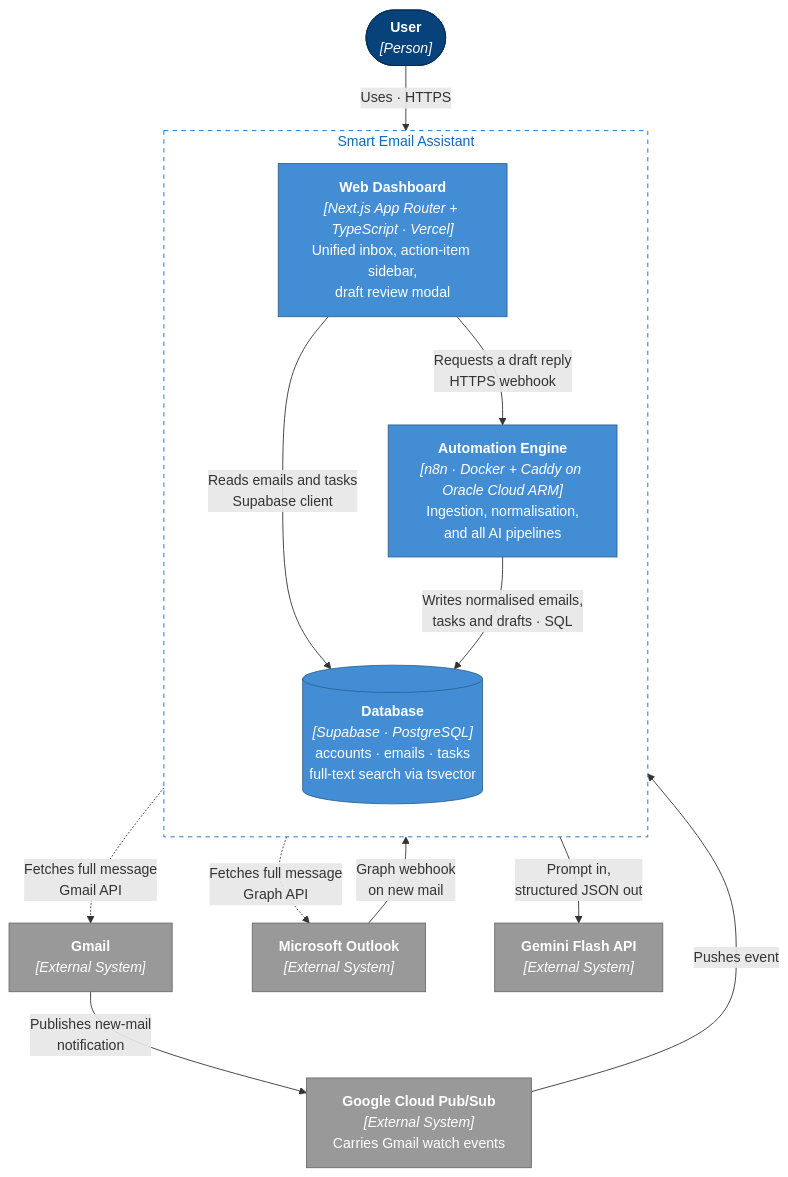
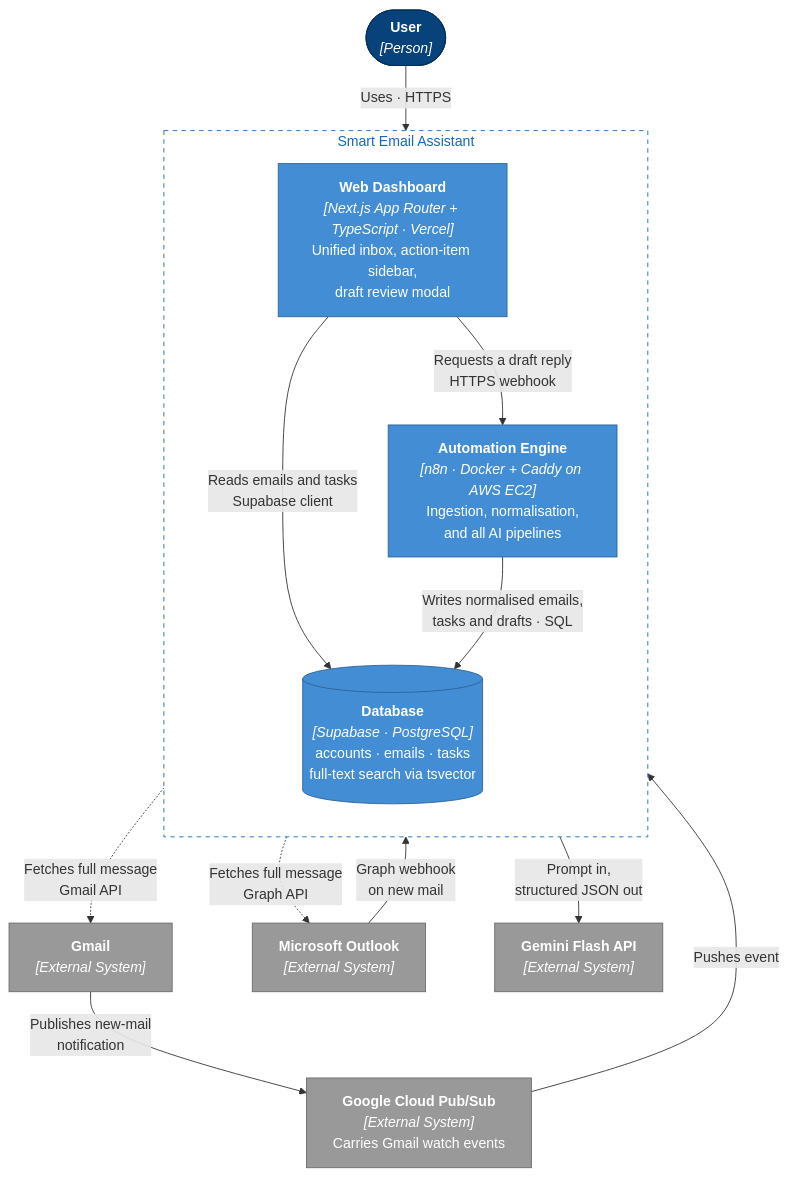
The diagram in architect/02-container.md (yomal321/smart-email-assistant), drawn with Mermaid before and after one commit. The commit also changed other lines of this file and 80 other files, not shown here.

````diff
--- a/architect/02-container.md
+++ b/architect/02-container.md
@@ -7,37 +7,37 @@
 ```mermaid
 flowchart TB
     user(["<b>User</b><br/><i>[Person]</i>"])
 
     subgraph sys ["Smart Email Assistant"]
         direction TB
         web["<b>Web Dashboard</b><br/><i>[Next.js App Router + TypeScript · Vercel]</i><br/>Unified inbox, action-item sidebar,<br/>draft review modal"]
-        n8n["<b>Automation Engine</b><br/><i>[n8n · Docker + Caddy on Oracle Cloud ARM]</i><br/>Ingestion, normalisation,<br/>and all AI pipelines"]
+        n8n["<b>Automation Engine</b><br/><i>[n8n · Docker + Caddy on AWS EC2]</i><br/>Ingestion, normalisation,<br/>and all AI pipelines"]
         db[("<b>Database</b><br/><i>[Supabase · PostgreSQL]</i><br/>accounts · emails · tasks<br/>full-text search via tsvector")]
     end
 
     gmail["<b>Gmail</b><br/><i>[External System]</i>"]
     pubsub["<b>Google Cloud Pub/Sub</b><br/><i>[External System]</i><br/>Carries Gmail watch events"]
     outlook["<b>Microsoft Outlook</b><br/><i>[External System]</i>"]
     gemini["<b>Gemini Flash API</b><br/><i>[External System]</i>"]
 
     user -->|"Uses · HTTPS"| web
     web -->|"Reads emails and tasks<br/>Supabase client"| db
     web -->|"Requests a draft reply<br/>HTTPS webhook"| n8n
     n8n -->|"Writes normalised emails,<br/>tasks and drafts · SQL"| db
 
     gmail -->|"Publishes new-mail<br/>notification"| pubsub
     pubsub -->|"Pushes event"| n8n
     outlook -->|"Graph webhook<br/>on new mail"| n8n
     n8n -.->|"Fetches full message<br/>Gmail API"| gmail
     n8n -.->|"Fetches full message<br/>Graph API"| outlook
     n8n -->|"Prompt in,<br/>structured JSON out"| gemini
 
     classDef person fill:#08427B,stroke:#052E56,color:#ffffff
     classDef container fill:#438DD5,stroke:#2E6295,color:#ffffff
     classDef ext fill:#999999,stroke:#6B6B6B,color:#ffffff
     classDef boundary fill:#ffffff,stroke:#1168BD,stroke-dasharray:5 5,color:#1168BD
     class user person
     class web,n8n,db container
     class gmail,outlook,gemini,pubsub ext
     class sys boundary
 ```
````
